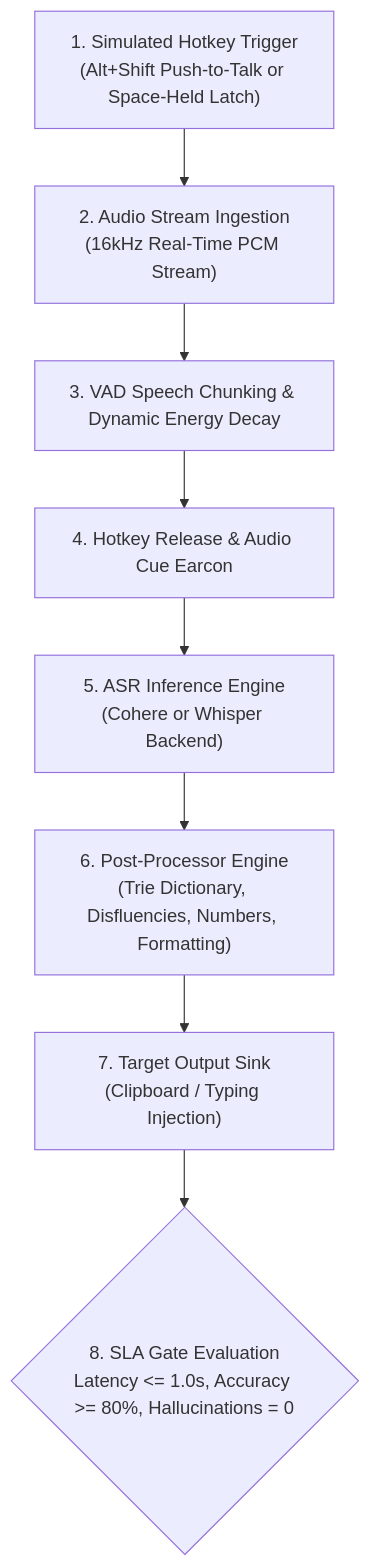
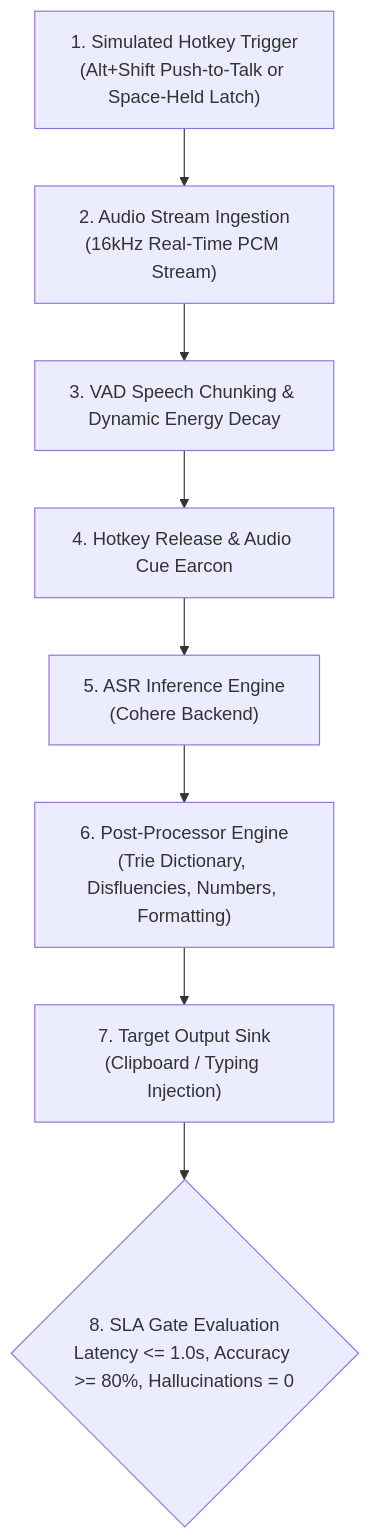
The first of 2 diagrams in plan.md (jjamesmartiin/voice-transcriber), drawn with Mermaid before and after one commit. The commit also changed other lines of this file and 21 other files, not shown here.

First line of the commit message:
refactor(asr): remove the faster-whisper backend and model_backend option

````diff
--- a/plan.md
+++ b/plan.md
@@ -26,10 +26,10 @@
 ```mermaid
 flowchart TD
     A["1. Simulated Hotkey Trigger\n(Alt+Shift Push-to-Talk or Space-Held Latch)"] --> B["2. Audio Stream Ingestion\n(16kHz Real-Time PCM Stream)"]
     B --> C["3. VAD Speech Chunking & Dynamic Energy Decay"]
     C --> D["4. Hotkey Release & Audio Cue Earcon"]
-    D --> E["5. ASR Inference Engine\n(Cohere or Whisper Backend)"]
+    D --> E["5. ASR Inference Engine\n(Cohere Backend)"]
     E --> F["6. Post-Processor Engine\n(Trie Dictionary, Disfluencies, Numbers, Formatting)"]
     F --> G["7. Target Output Sink\n(Clipboard / Typing Injection)"]
     G --> H{"8. SLA Gate Evaluation\nLatency <= 1.0s, Accuracy >= 80%, Hallucinations = 0"}
 ```
````
